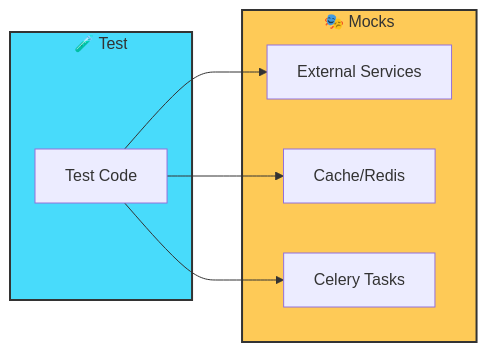
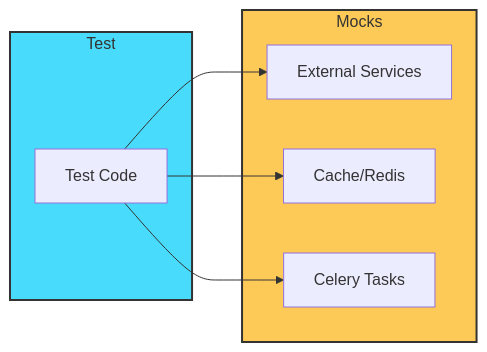
One commit to CHA0S-CORP/SkySpyDocs changed the second of 3 diagrams in docs/operations/testing.md. Above: the diagram before and after it, drawn with Mermaid. The commit also changed other lines of this file, not shown here.

````diff
--- a/docs/operations/testing.md
+++ b/docs/operations/testing.md
@@ -521,19 +473,19 @@
 ```mermaid
 flowchart LR
-    subgraph Test["🧪 Test"]
+    subgraph Test["Test"]
         TC[Test Code]
     end
 
-    subgraph Mocks["🎭 Mocks"]
+    subgraph Mocks["Mocks"]
         ME[External Services]
         MC[Cache/Redis]
         MT[Celery Tasks]
     end
 
     TC --> ME
     TC --> MC
     TC --> MT
 
     style Test fill:#48dbfb,stroke:#333,stroke-width:2px
     style Mocks fill:#feca57,stroke:#333,stroke-width:2px
 ```
````
